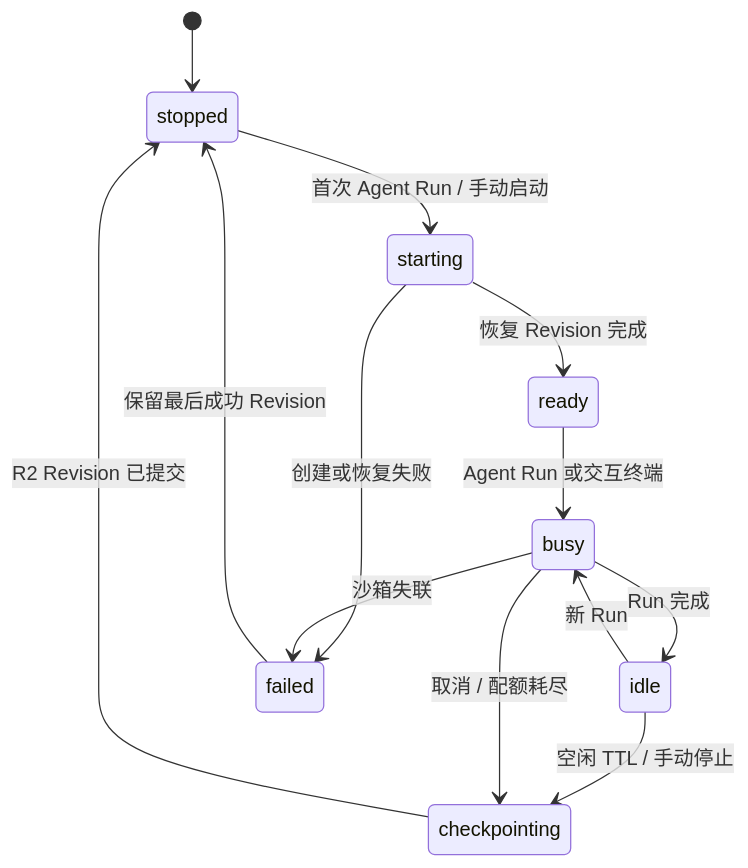
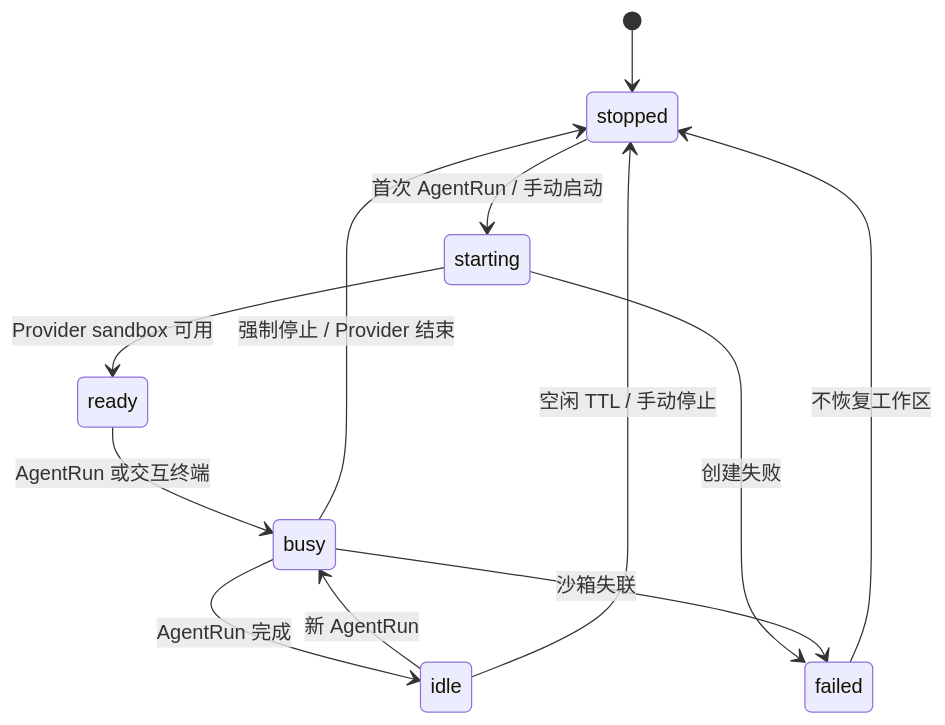
Before and after one commit to DeyunMa/agent-online: the first of 2 diagrams in docs/architecture/02-sandbox-runtime.md, drawn with Mermaid. The commit also changed other lines of this file and 31 other files, not shown here.

First line of the commit message:
refactor(architecture): establish d1-only agent run baseline

````diff
--- a/docs/architecture/02-sandbox-runtime.md
+++ b/docs/architecture/02-sandbox-runtime.md
@@ -23,15 +21,14 @@
 ```mermaid
 stateDiagram-v2
     [*] --> stopped
-    stopped --> starting: 首次 Agent Run / 手动启动
-    starting --> ready: 恢复 Revision 完成
-    ready --> busy: Agent Run 或交互终端
-    busy --> idle: Run 完成
-    idle --> busy: 新 Run
-    idle --> checkpointing: 空闲 TTL / 手动停止
-    busy --> checkpointing: 取消 / 配额耗尽
-    checkpointing --> stopped: R2 Revision 已提交
-    starting --> failed: 创建或恢复失败
+    stopped --> starting: 首次 AgentRun / 手动启动
+    starting --> ready: Provider sandbox 可用
+    ready --> busy: AgentRun 或交互终端
+    busy --> idle: AgentRun 完成
+    idle --> busy: 新 AgentRun
+    idle --> stopped: 空闲 TTL / 手动停止
+    busy --> stopped: 强制停止 / Provider 结束
+    starting --> failed: 创建失败
     busy --> failed: 沙箱失联
-    failed --> stopped: 保留最后成功 Revision
+    failed --> stopped: 不恢复工作区
 ```
````
